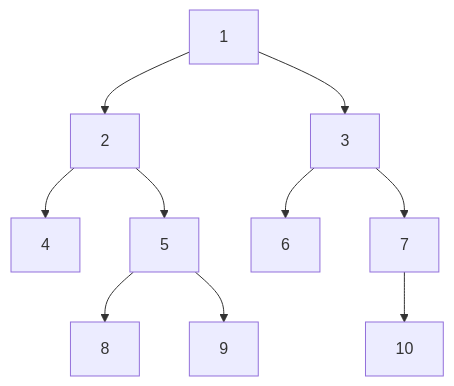
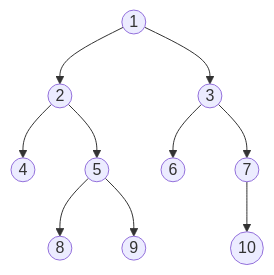
The first of 3 diagrams in 1 - Data Structures and Algorithms/20 - Trees and graphs.md (Cyberistic/Kuwait-University-Computer-Engineering-Masters-Prep-2025), drawn with Mermaid before and after one commit. The commit also changed other lines of this file and 1 other file, not shown here.

````diff
--- a/1 - Data Structures and Algorithms/20 - Trees and graphs.md
+++ b/1 - Data Structures and Algorithms/20 - Trees and graphs.md
@@ -14,12 +14,12 @@
 ```mermaid
 graph TD
-  A[1] --> B[2]
-  A --> C[3]
-  B --> D[4]
-  B --> E[5]
-  E --> H[8]
-  E --> I[9]
-  C --> F[6]
-  C --> G[7]
-  G --> J[10]
+  A((1)) --> B((2))
+  A --> C((3))
+  B --> D((4))
+  B --> E((5))
+  E --> H((8))
+  E --> I((9))
+  C --> F((6))
+  C --> G((7))
+  G --> J((10))
 ```
````
